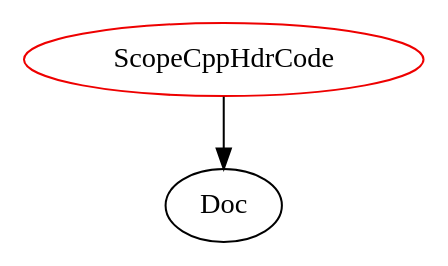
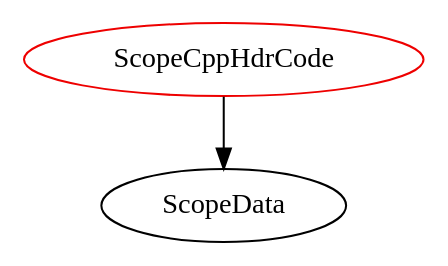
Before and after one commit to BilalM04/Drasil: the diagram in analysis/TypeDependencyGraphs/gool/ScopeCppHdrCode.dot, drawn with Graphviz. The commit also changed 10664 other files, not shown here.

```diff
--- a/analysis/TypeDependencyGraphs/gool/ScopeCppHdrCode.dot
+++ b/analysis/TypeDependencyGraphs/gool/ScopeCppHdrCode.dot
@@ -1,4 +1,4 @@
 digraph scopecpphdrcode{
 ScopeCppHdrCode	[shape=oval, color=red2, label="ScopeCppHdrCode"];
-ScopeCppHdrCode -> Doc;
+ScopeCppHdrCode -> ScopeData;
 }
```
